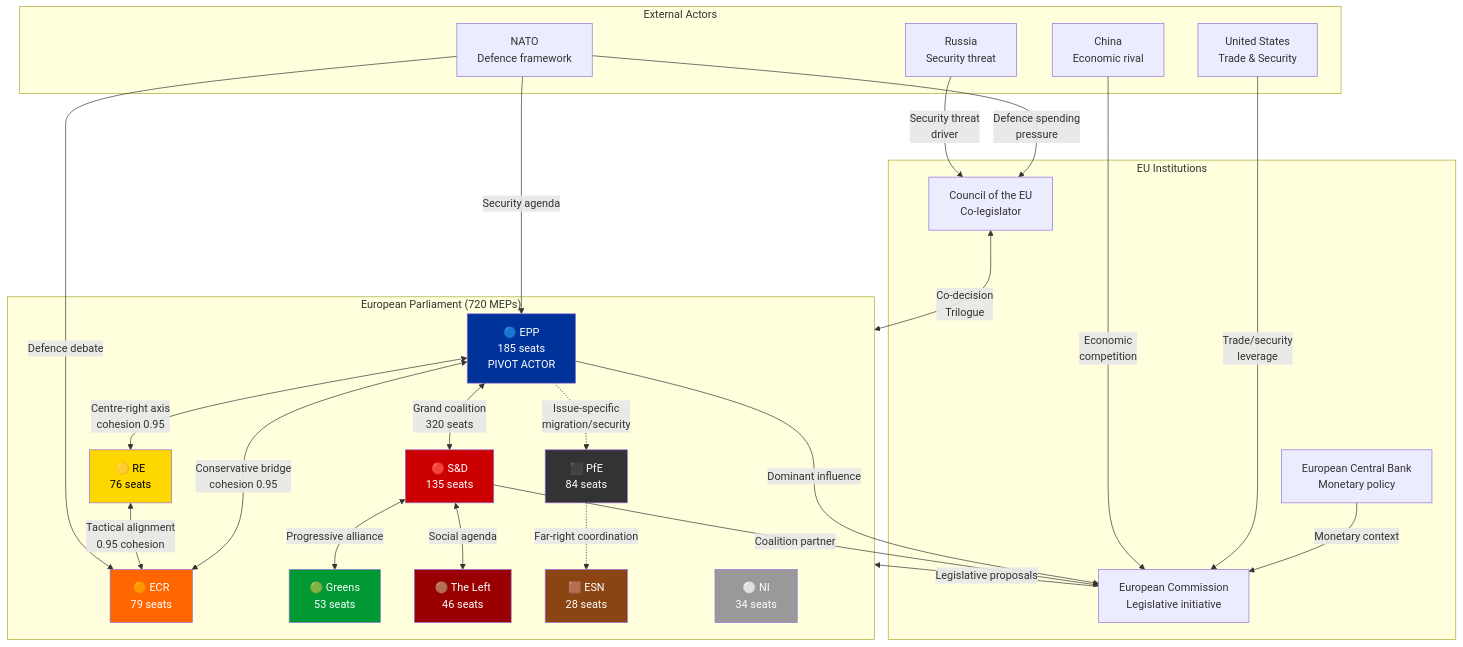
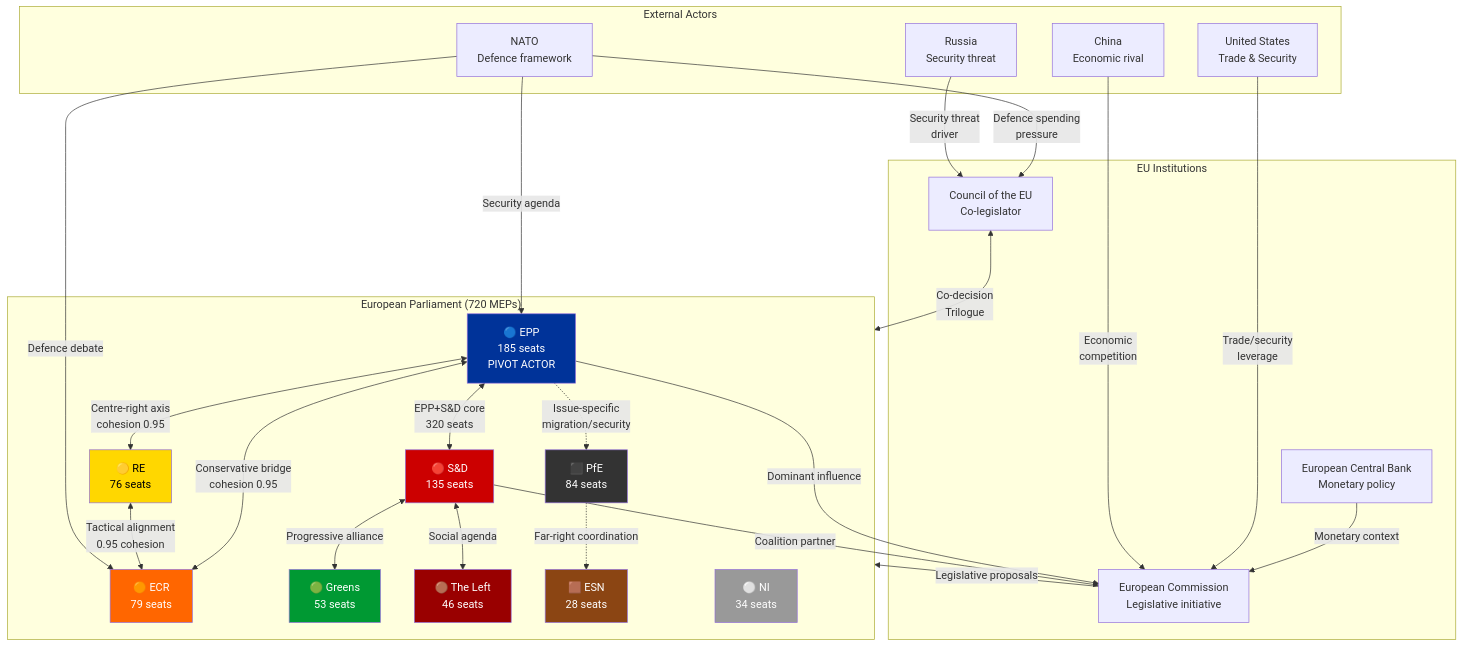
One commit to Hack23/euparliamentmonitor changed the second of 4 diagrams in analysis/2026-03-28/ai-actor-mapping.md. Above: the diagram before and after it, drawn with Mermaid. The commit also changed 6 other files, not shown here.

````diff
--- a/analysis/2026-03-28/ai-actor-mapping.md
+++ b/analysis/2026-03-28/ai-actor-mapping.md
@@ -139,62 +139,62 @@
 ```mermaid
 flowchart TD
     subgraph EP["European Parliament (720 MEPs)"]
         EPP["🔵 EPP<br/>185 seats<br/>PIVOT ACTOR"]
         SD["🔴 S&D<br/>135 seats"]
         PFE["⬛ PfE<br/>84 seats"]
         ECR["🟠 ECR<br/>79 seats"]
         RE["🟡 RE<br/>76 seats"]
         GR["🟢 Greens<br/>53 seats"]
         LEFT["🟤 The Left<br/>46 seats"]
         ESN["🟫 ESN<br/>28 seats"]
         NI["⚪ NI<br/>34 seats"]
     end
 
     subgraph EU_INST["EU Institutions"]
         COM["European Commission<br/>Legislative initiative"]
         COUNCIL["Council of the EU<br/>Co-legislator"]
         ECB["European Central Bank<br/>Monetary policy"]
     end
 
     subgraph EXTERNAL["External Actors"]
         NATO_E["NATO<br/>Defence framework"]
         US["United States<br/>Trade & Security"]
         CN["China<br/>Economic rival"]
         RU["Russia<br/>Security threat"]
     end
 
     %% EP Internal Coalitions
-    EPP <-->|"Grand coalition<br/>320 seats"| SD
+    EPP <-->|"EPP+S&D core<br/>320 seats"| SD
     EPP <-->|"Centre-right axis<br/>cohesion 0.95"| RE
     EPP <-->|"Conservative bridge<br/>cohesion 0.95"| ECR
     EPP -.->|"Issue-specific<br/>migration/security"| PFE
     SD <-->|"Progressive alliance"| GR
     SD <-->|"Social agenda"| LEFT
     RE <-->|"Tactical alignment<br/>0.95 cohesion"| ECR
     PFE -.->|"Far-right coordination"| ESN
 
     %% EP-Institution Relations
     EPP -->|"Dominant influence"| COM
     SD -->|"Coalition partner"| COM
     COM -->|"Legislative proposals"| EP
     COUNCIL <-->|"Co-decision<br/>Trilogue"| EP
     ECB -->|"Monetary context"| COM
 
     %% External Influence
     NATO_E -->|"Defence spending<br/>pressure"| COUNCIL
     US -->|"Trade/security<br/>leverage"| COM
     CN -->|"Economic<br/>competition"| COM
     RU -->|"Security threat<br/>driver"| COUNCIL
     NATO_E -->|"Security agenda"| EPP
     NATO_E -->|"Defence debate"| ECR
 
     style EPP fill:#003399,color:#fff
     style SD fill:#cc0000,color:#fff
     style RE fill:#FFD700,color:#000
     style ECR fill:#FF6600,color:#fff
     style GR fill:#009933,color:#fff
     style LEFT fill:#990000,color:#fff
     style PFE fill:#333333,color:#fff
     style ESN fill:#8B4513,color:#fff
     style NI fill:#999999,color:#fff
 ```
````
